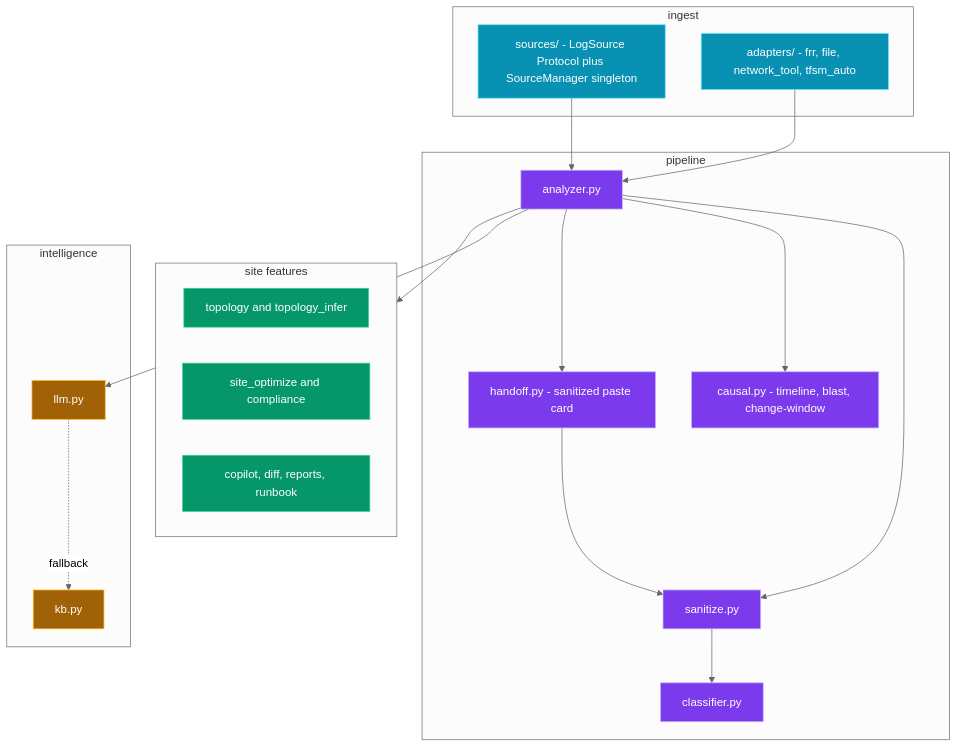
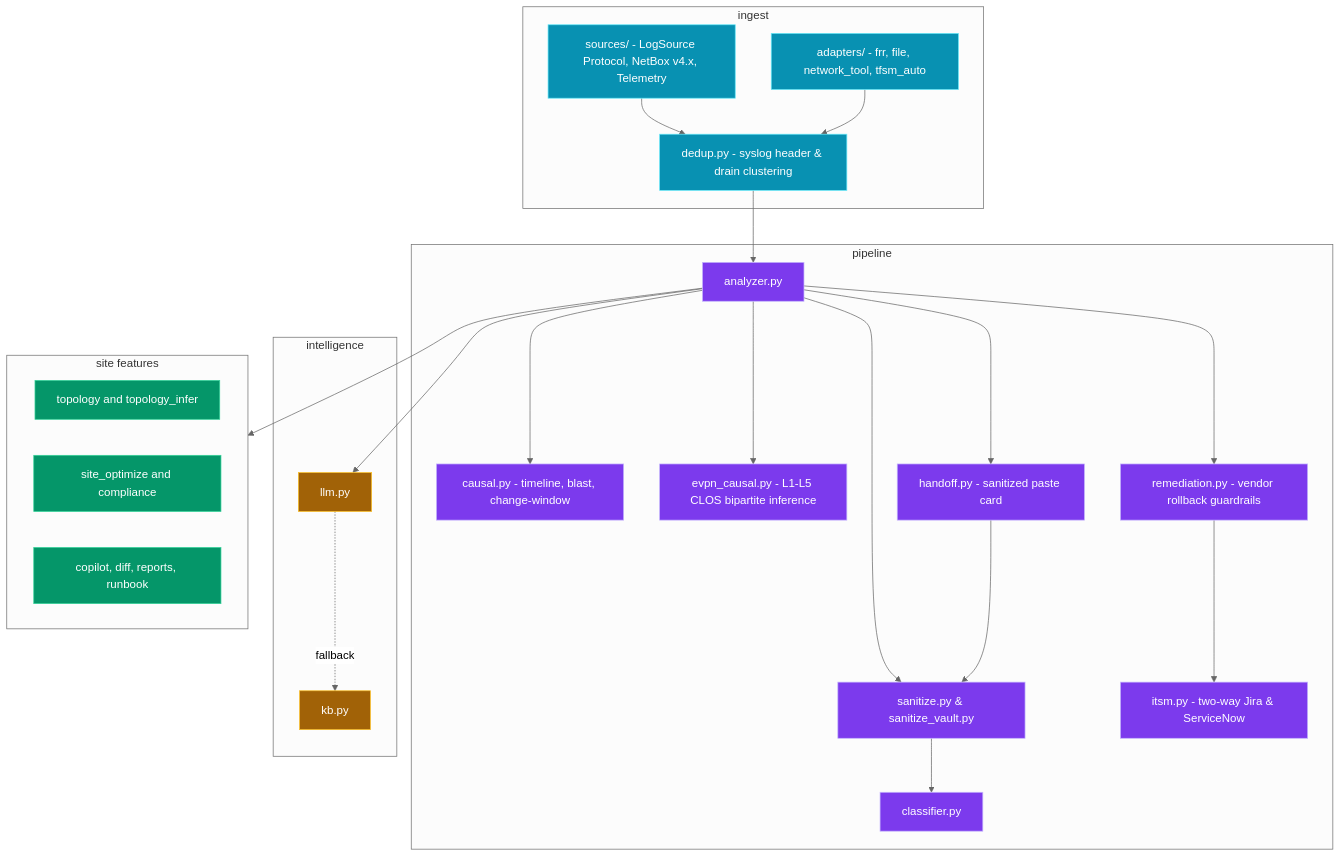
Before and after one commit to gesh75/netlog-ai: the seventh of 7 diagrams in docs/ARCHITECTURE.md, drawn with Mermaid (neutral theme). The commit also changed other lines of this file and 9 other files, not shown here.

````diff
--- a/docs/ARCHITECTURE.md
+++ b/docs/ARCHITECTURE.md
@@ -295,44 +298,50 @@
 ```mermaid
 flowchart TB
     subgraph IN["ingest"]
-        SOURCES["sources/ - LogSource Protocol plus SourceManager singleton"]
+        SOURCES["sources/ - LogSource Protocol, NetBox v4.x, Telemetry"]
         ADAPTERS["adapters/ - frr, file, network_tool, tfsm_auto"]
+        DEDUP["dedup.py - syslog header & drain clustering"]
     end
 
     subgraph PIPE["pipeline"]
-        SANITIZE["sanitize.py"]
+        SANITIZE["sanitize.py & sanitize_vault.py"]
         CLASSIFIER["classifier.py"]
         ANALYZER["analyzer.py"]
         CAUSAL["causal.py - timeline, blast, change-window"]
+        EVPN_CAUSAL["evpn_causal.py - L1-L5 CLOS bipartite inference"]
         HANDOFF["handoff.py - sanitized paste card"]
+        REMEDIATION["remediation.py - vendor rollback guardrails"]
+        ITSM["itsm.py - two-way Jira & ServiceNow"]
     end
 
     subgraph INTEL["intelligence"]
         LLM["llm.py"]
         KB["kb.py"]
     end
 
     subgraph SITE["site features"]
         TOPO["topology and topology_infer"]
         OPT["site_optimize and compliance"]
         EXTRA["copilot, diff, reports, runbook"]
     end
 
-    SOURCES & ADAPTERS --> ANALYZER
+    SOURCES & ADAPTERS --> DEDUP --> ANALYZER
     ANALYZER --> SANITIZE --> CLASSIFIER
     ANALYZER --> CAUSAL
+    ANALYZER --> EVPN_CAUSAL
+    ANALYZER --> REMEDIATION --> ITSM
     ANALYZER --> HANDOFF --> SANITIZE
     ANALYZER --> LLM
     LLM -.fallback.-> KB
     ANALYZER --> SITE
 
     classDef in   fill:#0891b2,stroke:#67e8f9,color:#fff
     classDef pipe fill:#7c3aed,stroke:#c4b5fd,color:#fff
     classDef ai   fill:#a16207,stroke:#fbbf24,color:#fff
     classDef site fill:#059669,stroke:#34d399,color:#fff
 
-    class SOURCES,ADAPTERS in
-    class SANITIZE,CLASSIFIER,ANALYZER,CAUSAL,HANDOFF pipe
+    class SOURCES,ADAPTERS,DEDUP in
+    class SANITIZE,CLASSIFIER,ANALYZER,CAUSAL,EVPN_CAUSAL,HANDOFF,REMEDIATION,ITSM pipe
     class LLM,KB ai
     class TOPO,OPT,EXTRA site
 ```
````
